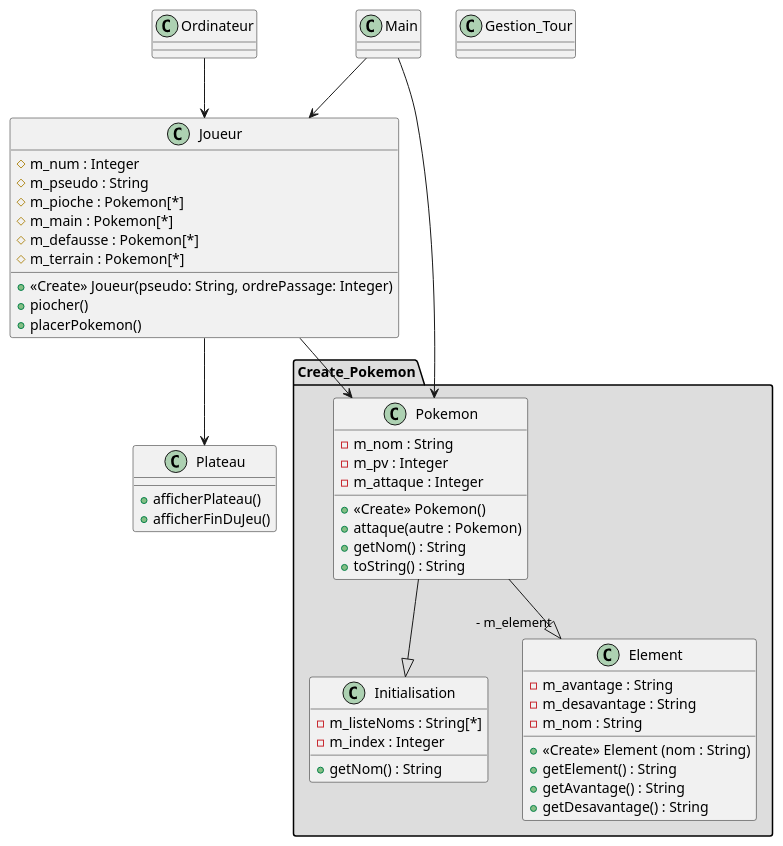
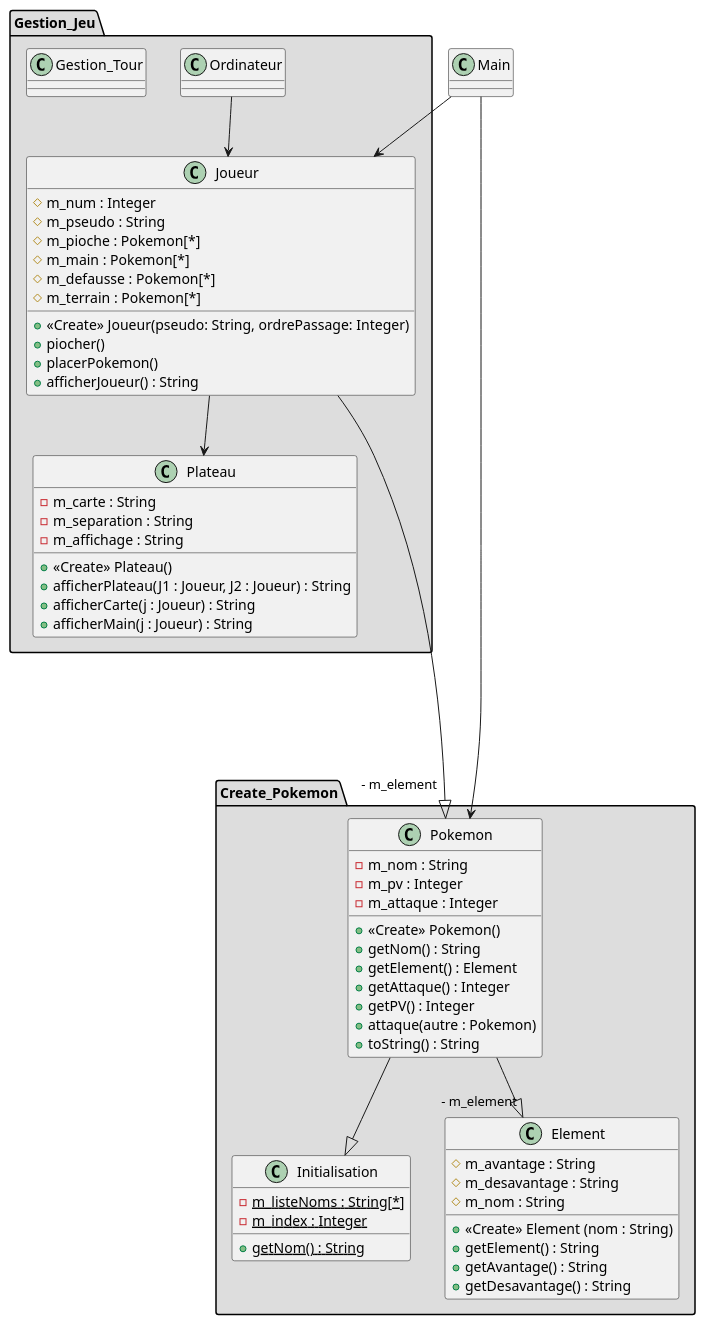
Before and after one commit to Wa-Melissa/Pookemon: the diagram in uml/semaine1.puml, drawn with PlantUML. The commit also changed 4 other files, not shown here.

First line of the commit message:
Class Plateau.java :  Finition de la méthode afficherCarte()  Création et implémentation de la méthode afficherMain()

```diff
--- a/uml/semaine1.puml
+++ b/uml/semaine1.puml
@@ -1,86 +1,98 @@
 @startuml
 
 class Main
 {
 
 }
+
+package "Gestion_Jeu" #DDDDDD {
 
 class Ordinateur
 {
 
 }
 
 class Joueur
 {
 # m_num : Integer
 # m_pseudo : String
 # m_pioche : Pokemon[*]
 # m_main : Pokemon[*]
 # m_defausse : Pokemon[*]
 # m_terrain : Pokemon[*]
 + <<Create>> Joueur(pseudo: String, ordrePassage: Integer)
 + piocher()
 + placerPokemon()
-
++ afficherJoueur() : String
 }
 
 
 
 
 class Plateau
 {
-+ afficherPlateau()
-+afficherFinDuJeu()
+- m_carte : String
+- m_separation : String
+- m_affichage : String
++ <<Create>> Plateau()
++ afficherPlateau(J1 : Joueur, J2 : Joueur) : String
++ afficherCarte(j : Joueur) : String
++ afficherMain(j : Joueur) : String
 }
 
 class Gestion_Tour
 {
+
+}
 
 }
 
 package "Create_Pokemon" #DDDDDD {
 
 class Pokemon
 {
 - m_nom : String
 - m_pv : Integer
 - m_attaque : Integer
 + <<Create>> Pokemon()
++ getNom() : String
++ getElement() : Element
++ getAttaque() : Integer
++ getPV() : Integer
 + attaque(autre : Pokemon)
-+ getNom() : String
 + toString() : String
 }
 
 
 
 class Initialisation
 {
-- m_listeNoms : String[*]
-- m_index : Integer
-+ getNom() : String
+- {static} m_listeNoms : String[*]
+- {static} m_index : Integer
++ {static} getNom() : String
 }
 
 class Element
 {
-- m_avantage : String
-- m_desavantage : String
-- m_nom : String
+# m_avantage : String
+# m_desavantage : String
+# m_nom : String
 + <<Create>> Element (nom : String)
 + getElement() : String
 + getAvantage() : String
 + getDesavantage() : String
 }
 
 }
 
 
-Joueur --> Pokemon
+Joueur -----|> "- m_element  \n " Pokemon
 Pokemon --|> "- m_element" Element
 Ordinateur --> Joueur
 Joueur --> Plateau
 Main --> Pokemon
 Main --> Joueur
 Pokemon --|> Initialisation
 
 
 @enduml
```
